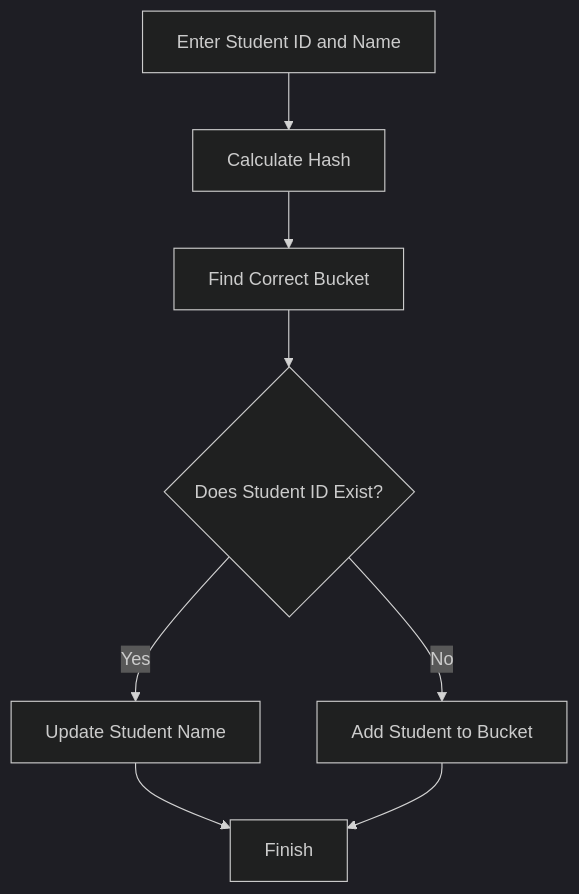
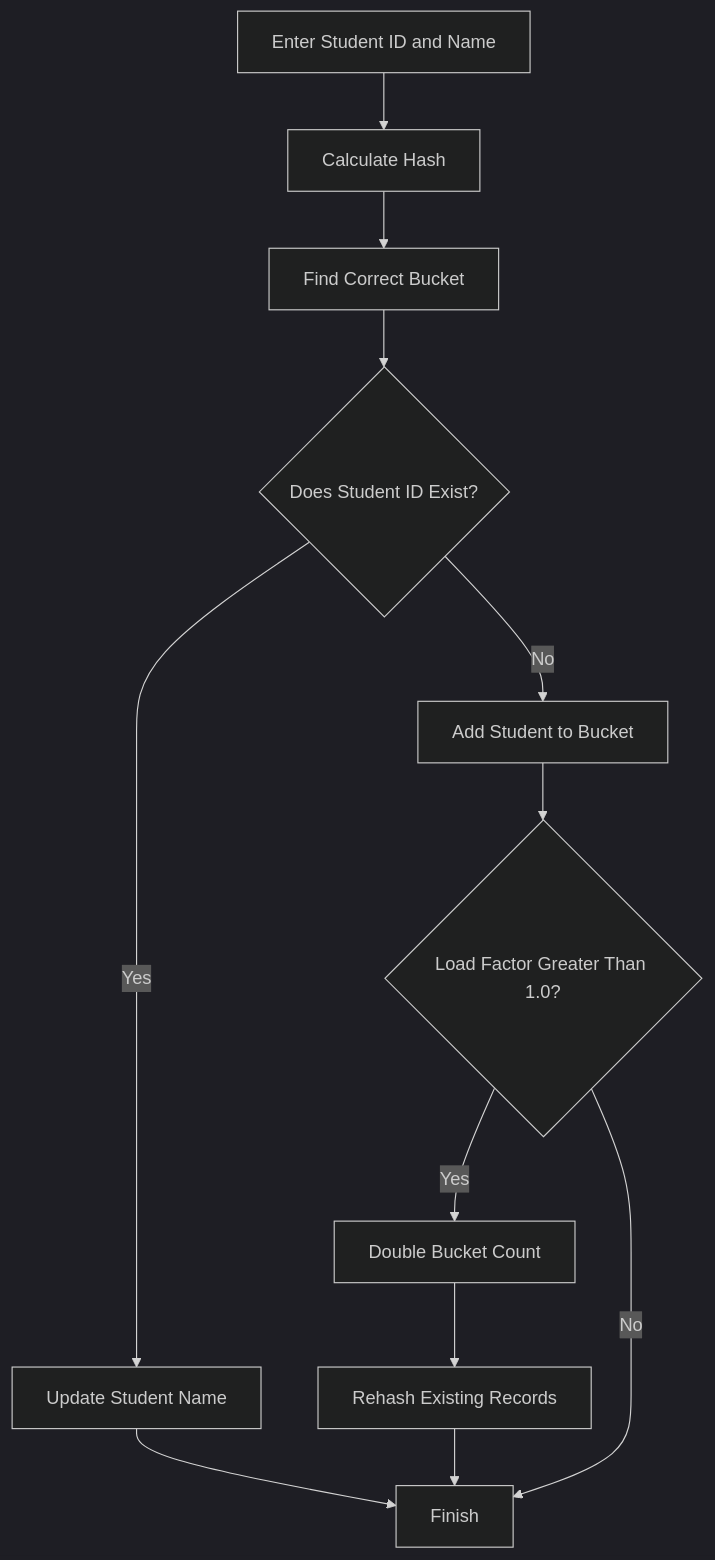
Before and after one commit to sahilsam05/algorithimsproject: the diagram in design.md, drawn with Mermaid (dark theme). The commit also changed other lines of this file, not shown here.

````diff
--- a/design.md
+++ b/design.md
@@ -143,10 +203,14 @@
 ```mermaid
 flowchart TD
     A[Enter Student ID and Name] --> B[Calculate Hash]
     B --> C[Find Correct Bucket]
     C --> D{Does Student ID Exist?}
     D -->|Yes| E[Update Student Name]
     D -->|No| F[Add Student to Bucket]
-    E --> G[Finish]
-    F --> G
+    F --> G{Load Factor Greater Than 1.0?}
+    G -->|Yes| H[Double Bucket Count]
+    H --> I[Rehash Existing Records]
+    G -->|No| J[Finish]
+    E --> J
+    I --> J
 ```
````
